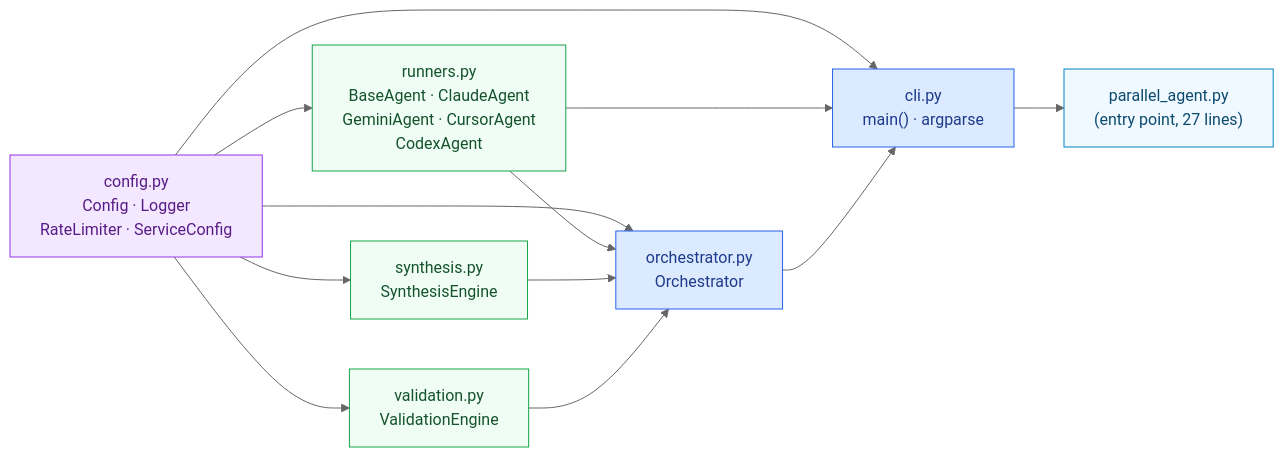
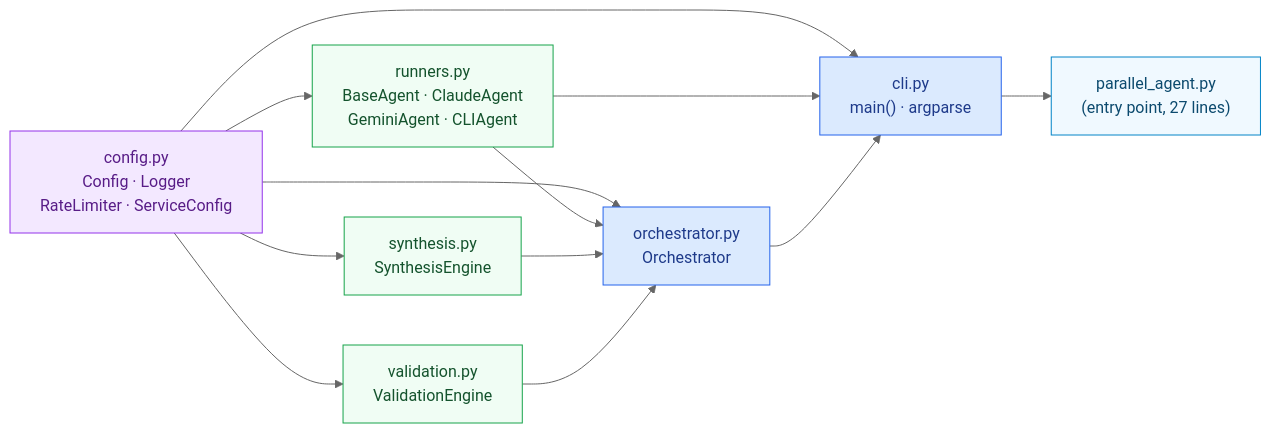
Before and after one commit to RB-chrismandich/Manifest: the third of 15 diagrams in docs/ARCHITECTURE_DIAGRAMS.md, drawn with Mermaid. The commit also changed other lines of this file and 3 other files, not shown here.

Commit message:
chore: final integration review fixes — diagrams, stale fallback, plan addendum, test rename

````diff
--- a/docs/ARCHITECTURE_DIAGRAMS.md
+++ b/docs/ARCHITECTURE_DIAGRAMS.md
@@ -262,34 +258,34 @@
 ```mermaid
 %%{init: {'theme':'neutral'}}%%
 flowchart LR
     classDef foundation fill:#f3e8ff,stroke:#9333ea,color:#581c87
     classDef mid fill:#f0fdf4,stroke:#16a34a,color:#14532d
     classDef top fill:#dbeafe,stroke:#2563eb,color:#1e3a8a
     classDef entry fill:#f0f9ff,stroke:#0284c7,color:#0c4a6e
 
     CONFIG["config.py\nConfig · Logger\nRateLimiter · ServiceConfig"]:::foundation
 
-    RUNNERS["runners.py\nBaseAgent · ClaudeAgent\nGeminiAgent · CursorAgent\nCodexAgent"]:::mid
+    RUNNERS["runners.py\nBaseAgent · ClaudeAgent\nGeminiAgent · CLIAgent"]:::mid
 
     SYNTHESIS["synthesis.py\nSynthesisEngine"]:::mid
 
     VALIDATION["validation.py\nValidationEngine"]:::mid
 
     ORCHESTRATOR["orchestrator.py\nOrchestrator"]:::top
 
     CLI["cli.py\nmain() · argparse"]:::top
 
     ENTRY["parallel_agent.py\n(entry point, 27 lines)"]:::entry
 
     CONFIG --> RUNNERS
     CONFIG --> SYNTHESIS
     CONFIG --> VALIDATION
     CONFIG --> ORCHESTRATOR
     RUNNERS --> ORCHESTRATOR
     SYNTHESIS --> ORCHESTRATOR
     VALIDATION --> ORCHESTRATOR
     CONFIG --> CLI
     RUNNERS --> CLI
     ORCHESTRATOR --> CLI
     CLI --> ENTRY
 ```
````
